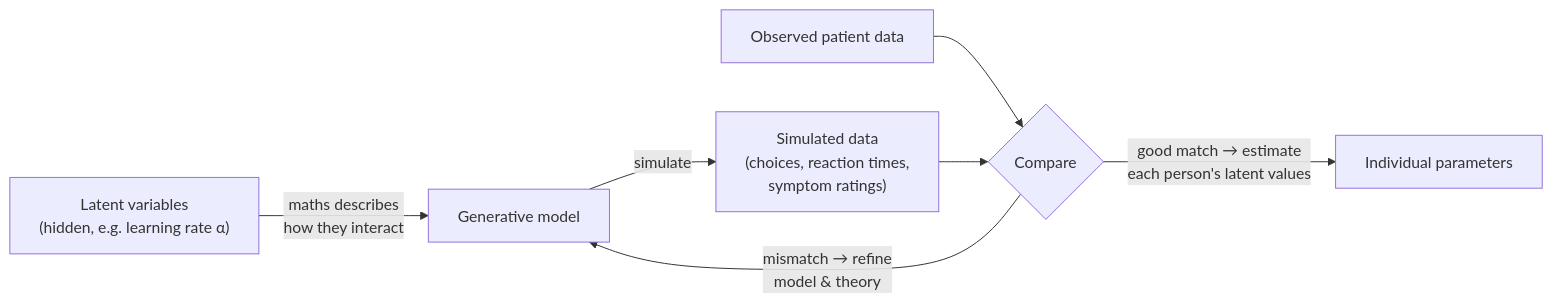
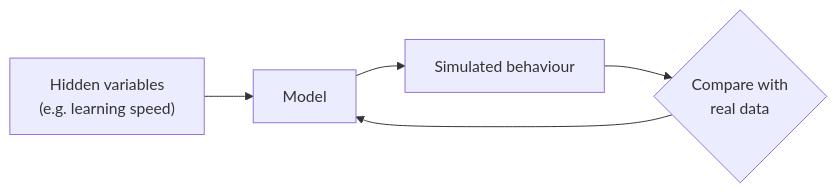
The diagram in 07. Research/Computational Psychiatry/05. Theory-driven Computational Models.md (rSith/Obsidian-CS-Vault), drawn with Mermaid before and after one commit. The commit also changed other lines of this file and 16 other files, not shown here.

````diff
--- a/07. Research/Computational Psychiatry/05. Theory-driven Computational Models.md
+++ b/07. Research/Computational Psychiatry/05. Theory-driven Computational Models.md
@@ -26,9 +17,6 @@
 ```mermaid
 flowchart LR
-    L["Latent variables<br/>(hidden, e.g. learning rate α)"] -->|"maths describes<br/>how they interact"| G["Generative model"]
-    G -->|"simulate"| S["Simulated data<br/>(choices, reaction times,<br/>symptom ratings)"]
-    O["Observed patient data"] --> C{"Compare"}
-    S --> C
-    C -->|"mismatch → refine<br/>model & theory"| G
-    C -->|"good match → estimate<br/>each person's latent values"| P["Individual parameters"]
+    A["Hidden variables<br/>(e.g. learning speed)"] --> B["Model"] --> C["Simulated behaviour"]
+    C --> D{"Compare with<br/>real data"}
+    D --> B
 ```
````
